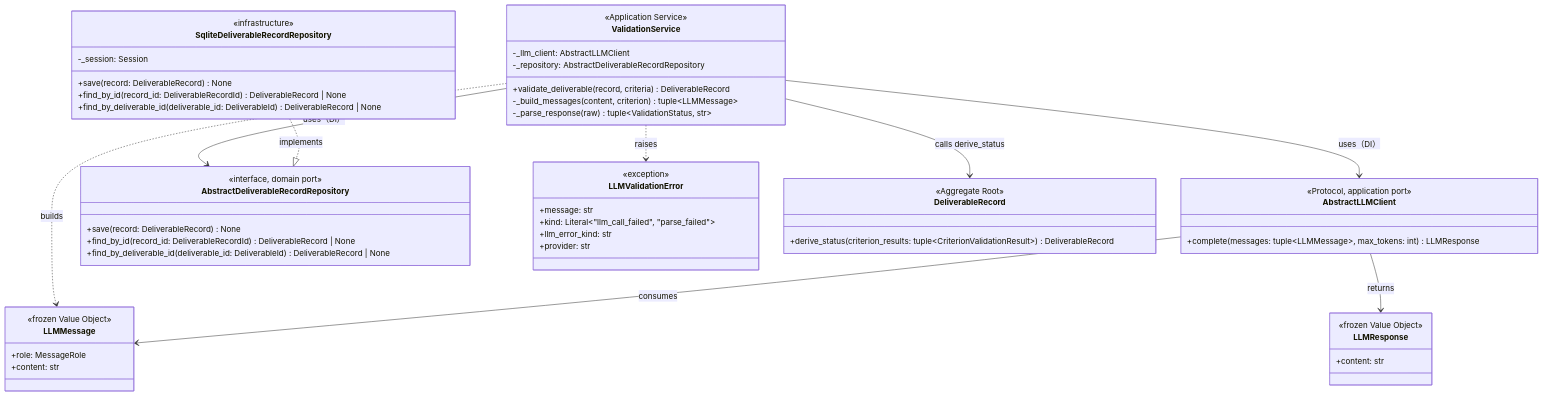
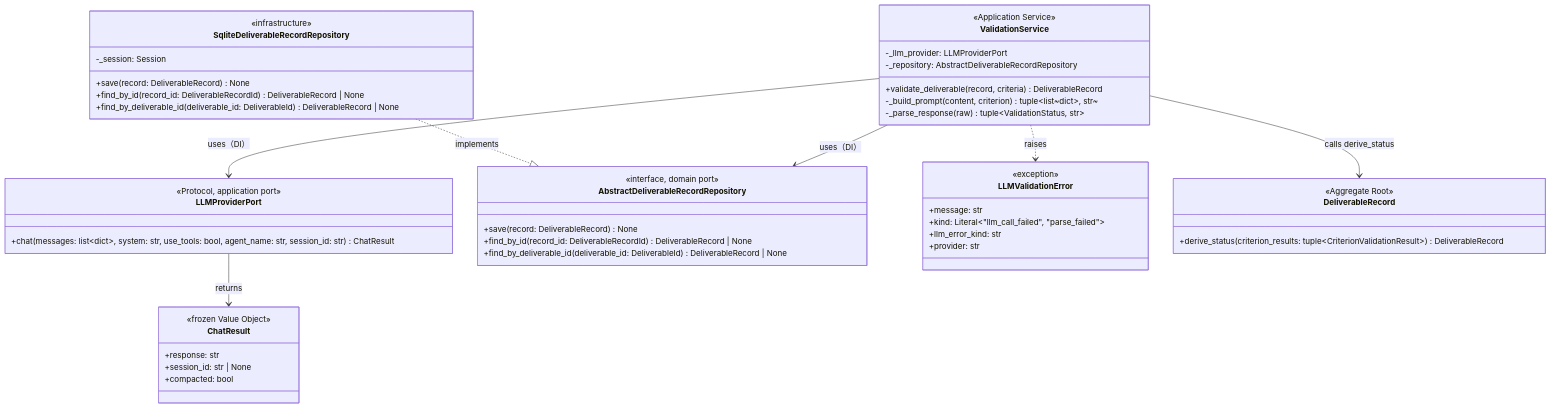
One commit to bakufu-dev/bakufu changed the first of 3 diagrams in docs/features/deliverable-template/ai-validation/basic-design.md. Above: the diagram before and after it, drawn with Mermaid. The commit also changed other lines of this file and 3 other files, not shown here.

First line of the commit message:
docs(#123): replace AbstractLLMClient with LLMProviderPort in ai-validation design

````diff
--- a/docs/features/deliverable-template/ai-validation/basic-design.md
+++ b/docs/features/deliverable-template/ai-validation/basic-design.md
@@ -89,64 +89,58 @@
 ```mermaid
 classDiagram
     class ValidationService {
         <<Application Service>>
-        -_llm_client: AbstractLLMClient
+        -_llm_provider: LLMProviderPort
         -_repository: AbstractDeliverableRecordRepository
         +validate_deliverable(record, criteria) DeliverableRecord
-        -_build_messages(content, criterion) tuple~LLMMessage~
+        -_build_prompt(content, criterion) tuple~list~dict~, str~
         -_parse_response(raw) tuple~ValidationStatus, str~
     }
 
-    class AbstractLLMClient {
+    class LLMProviderPort {
         <<Protocol, application port>>
-        +complete(messages: tuple~LLMMessage~, max_tokens: int) LLMResponse
+        +chat(messages: list~dict~, system: str, use_tools: bool, agent_name: str, session_id: str) ChatResult
     }
 
-    class LLMMessage {
+    class ChatResult {
         <<frozen Value Object>>
-        +role: MessageRole
-        +content: str
-    }
-
-    class LLMResponse {
-        <<frozen Value Object>>
-        +content: str
+        +response: str
+        +session_id: str | None
+        +compacted: bool
     }
 
     class AbstractDeliverableRecordRepository {
         <<interface, domain port>>
         +save(record: DeliverableRecord) None
         +find_by_id(record_id: DeliverableRecordId) DeliverableRecord | None
         +find_by_deliverable_id(deliverable_id: DeliverableId) DeliverableRecord | None
     }
 
     class SqliteDeliverableRecordRepository {
         <<infrastructure>>
         -_session: Session
         +save(record: DeliverableRecord) None
         +find_by_id(record_id: DeliverableRecordId) DeliverableRecord | None
         +find_by_deliverable_id(deliverable_id: DeliverableId) DeliverableRecord | None
     }
 
     class LLMValidationError {
         <<exception>>
         +message: str
         +kind: Literal~"llm_call_failed", "parse_failed"~
         +llm_error_kind: str
         +provider: str
     }
 
     class DeliverableRecord {
         <<Aggregate Root>>
         +derive_status(criterion_results: tuple~CriterionValidationResult~) DeliverableRecord
     }
 
-    ValidationService --> AbstractLLMClient : uses（DI）
+    ValidationService --> LLMProviderPort : uses（DI）
     ValidationService --> AbstractDeliverableRecordRepository : uses（DI）
     ValidationService --> DeliverableRecord : calls derive_status
-    ValidationService ..> LLMMessage : builds
-    AbstractLLMClient --> LLMMessage : consumes
-    AbstractLLMClient --> LLMResponse : returns
+    LLMProviderPort --> ChatResult : returns
     SqliteDeliverableRecordRepository ..|> AbstractDeliverableRecordRepository : implements
     ValidationService ..> LLMValidationError : raises
 ```
````
